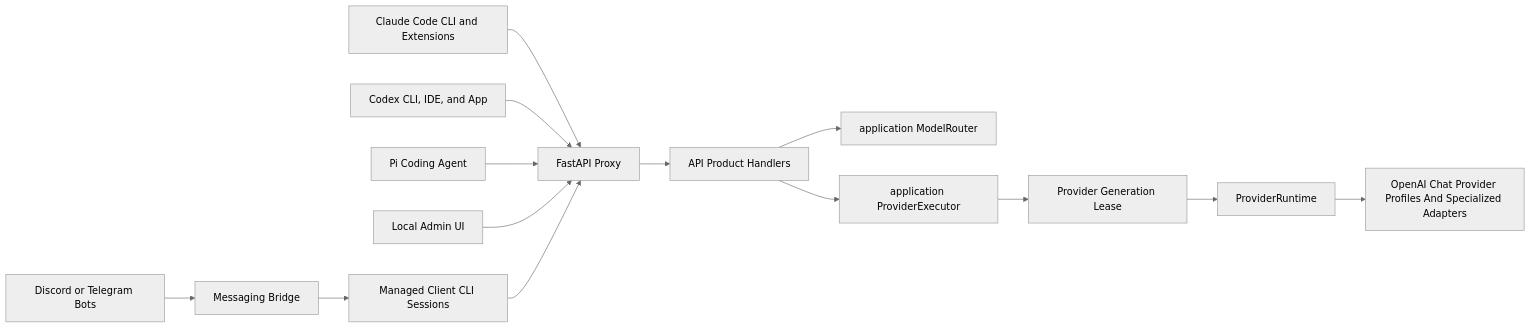
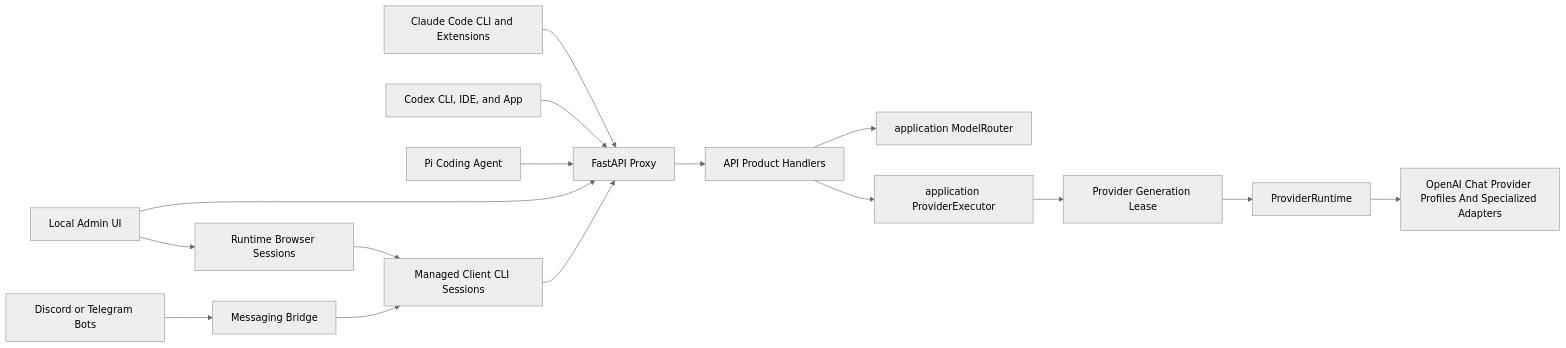
One commit to Alishahryar1/cc-nim changed the first of 3 diagrams in ARCHITECTURE.md. Above: the diagram before and after it, drawn with Mermaid (neutral theme). The commit also changed other lines of this file and 32 other files, not shown here.

Commit message:
feat: add native browser sessions

````diff
--- a/ARCHITECTURE.md
+++ b/ARCHITECTURE.md
@@ -27,16 +29,18 @@
 ```mermaid
 flowchart LR
     ClaudeCode[Claude Code CLI and Extensions] --> ProxyAPI[FastAPI Proxy]
     Codex[Codex CLI, IDE, and App] --> ProxyAPI
     Pi[Pi Coding Agent] --> ProxyAPI
     AdminUI[Local Admin UI] --> ProxyAPI
+    AdminUI --> BrowserSessions[Runtime Browser Sessions]
+    BrowserSessions --> ClientCLI
     Bots[Discord or Telegram Bots] --> Messaging[Messaging Bridge]
     Messaging --> ClientCLI[Managed Client CLI Sessions]
     ClientCLI --> ProxyAPI
     ProxyAPI --> Handlers[API Product Handlers]
     Handlers --> Router[application ModelRouter]
     Handlers --> Executor[application ProviderExecutor]
     Executor --> Lease[Provider Generation Lease]
     Lease --> Providers[ProviderRuntime]
     Providers --> OpenAIChat[OpenAI Chat Provider Profiles And Specialized Adapters]
 ```
````
